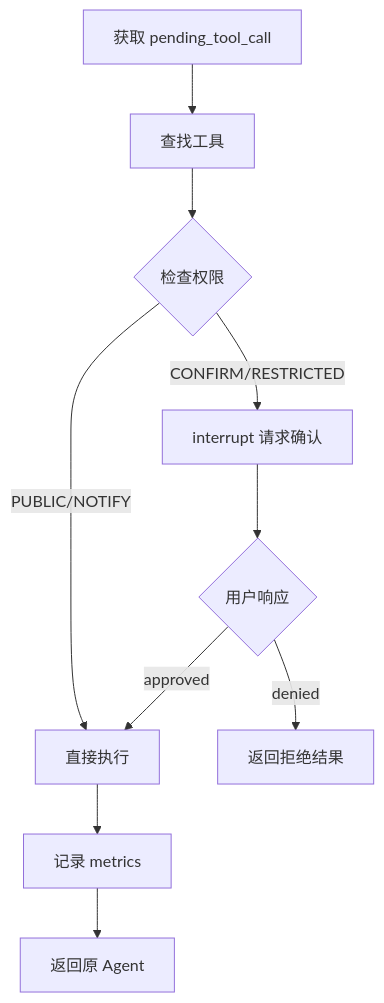
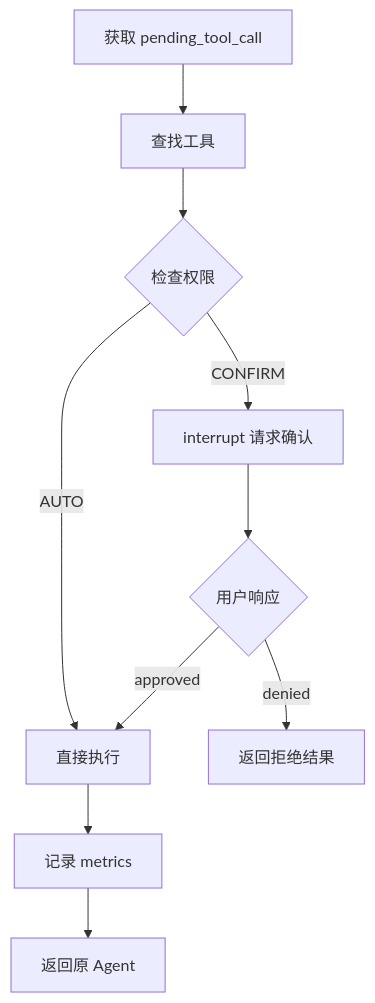
One commit to Neutrino1998/artifact-flow changed the fourth of 6 diagrams in docs/request-lifecycle.md. Above: the diagram before and after it, drawn with Mermaid. The commit also changed other lines of this file and 11 other files, not shown here.

Commit message:
refactor: 简化工具权限为两级模型 (AUTO/CONFIRM)   - 移除 PUBLIC/NOTIFY/RESTRICTED，保留 AUTO 和 CONFIRM。   - AUTO: 自动执行，无需确认   - CONFIRM: 需用户确认（interrupt 暂停）

````diff
--- a/docs/request-lifecycle.md
+++ b/docs/request-lifecycle.md
@@ -221,12 +221,12 @@
 ```mermaid
 flowchart TD
     A[获取 pending_tool_call] --> B[查找工具]
     B --> C{检查权限}
-    C -->|PUBLIC/NOTIFY| D[直接执行]
-    C -->|CONFIRM/RESTRICTED| E[interrupt 请求确认]
+    C -->|AUTO| D[直接执行]
+    C -->|CONFIRM| E[interrupt 请求确认]
     E --> F{用户响应}
     F -->|approved| D
     F -->|denied| G[返回拒绝结果]
     D --> H[记录 metrics]
     H --> I[返回原 Agent]
 ```
````
